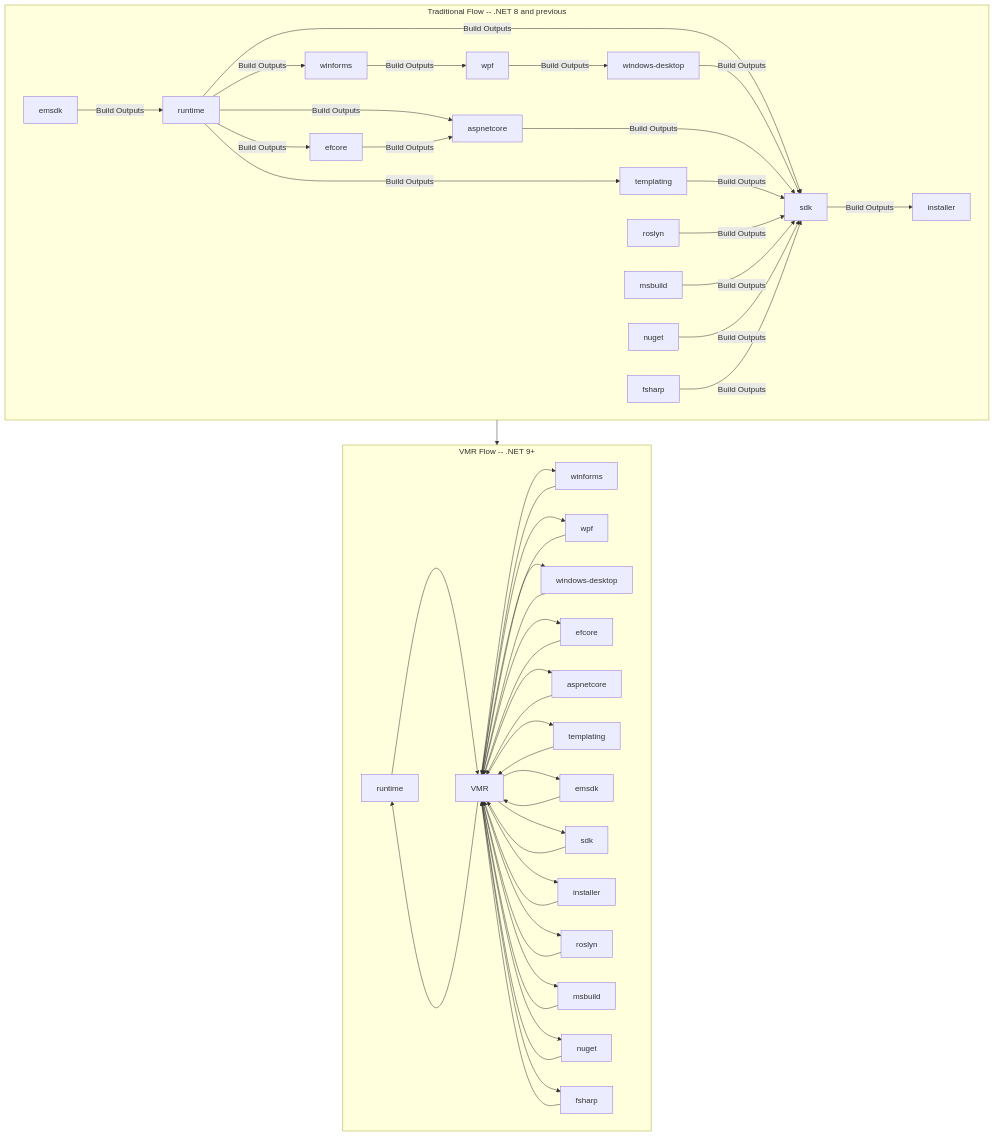
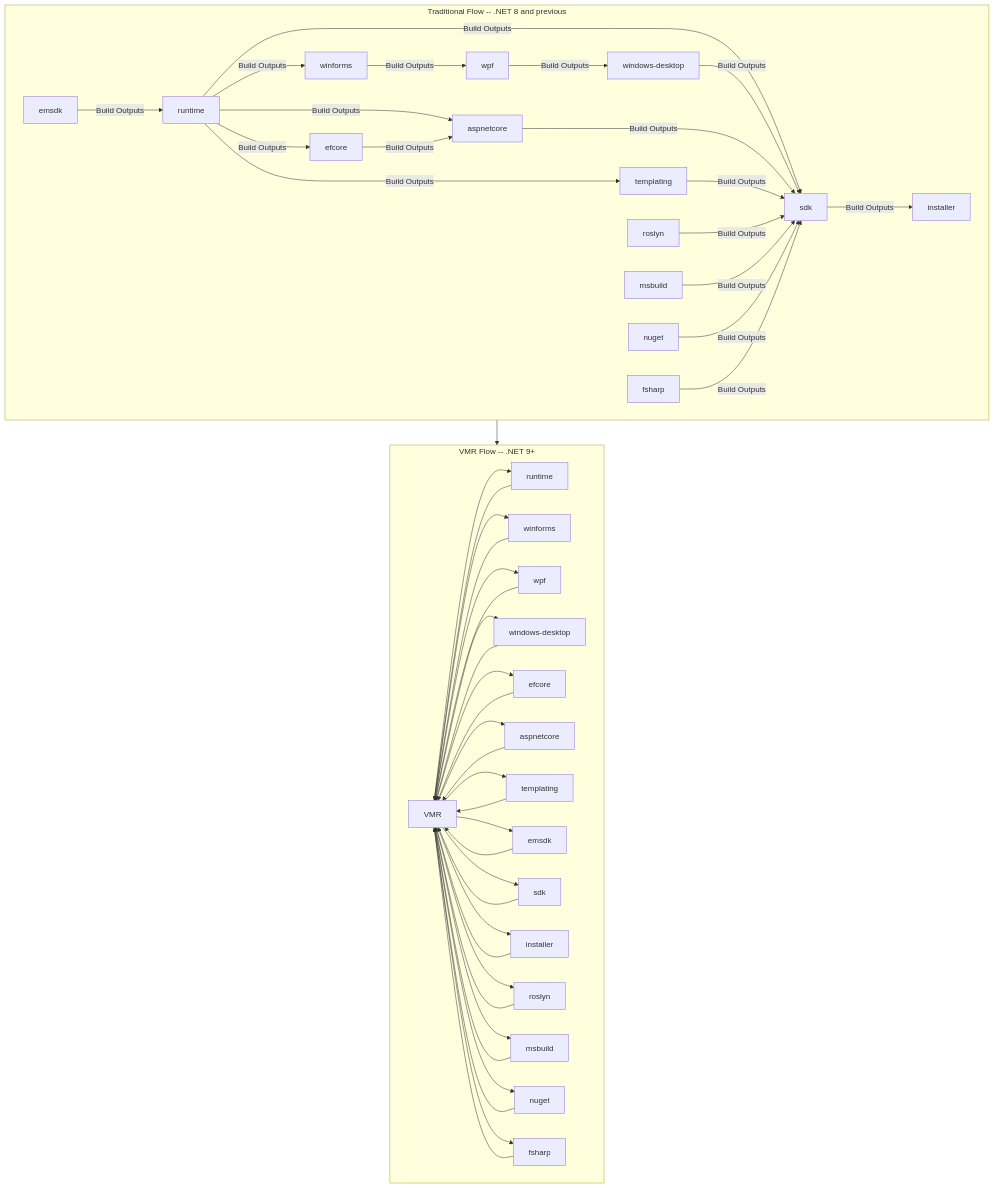
The first of 5 diagrams in Documentation/UnifiedBuild/VMR-Code-And-Build-Workflow.md (dotnet/arcade), drawn with Mermaid before and after one commit.

Commit message:
Improve flat flow mermaid diagram

```diff
--- a/Documentation/UnifiedBuild/VMR-Code-And-Build-Workflow.md
+++ b/Documentation/UnifiedBuild/VMR-Code-And-Build-Workflow.md
@@ -42,6 +42,8 @@
     end
 
     subgraph VMR[VMR Flow -- .NET 9+]
+        
+        vmrVMR[VMR]
         vmrRuntime-->vmrVMR
         vmrWinforms-->vmrVMR
         vmrWPF-->vmrVMR
@@ -71,7 +73,6 @@
         vmrMSBuild[msbuild]
         vmrNuGet[nuget]
         vmrFSharp[fsharp]
-        vmrVMR[VMR]
 
         vmrVMR-->vmrEmsdk
         vmrVMR-->vmrRuntime
```
